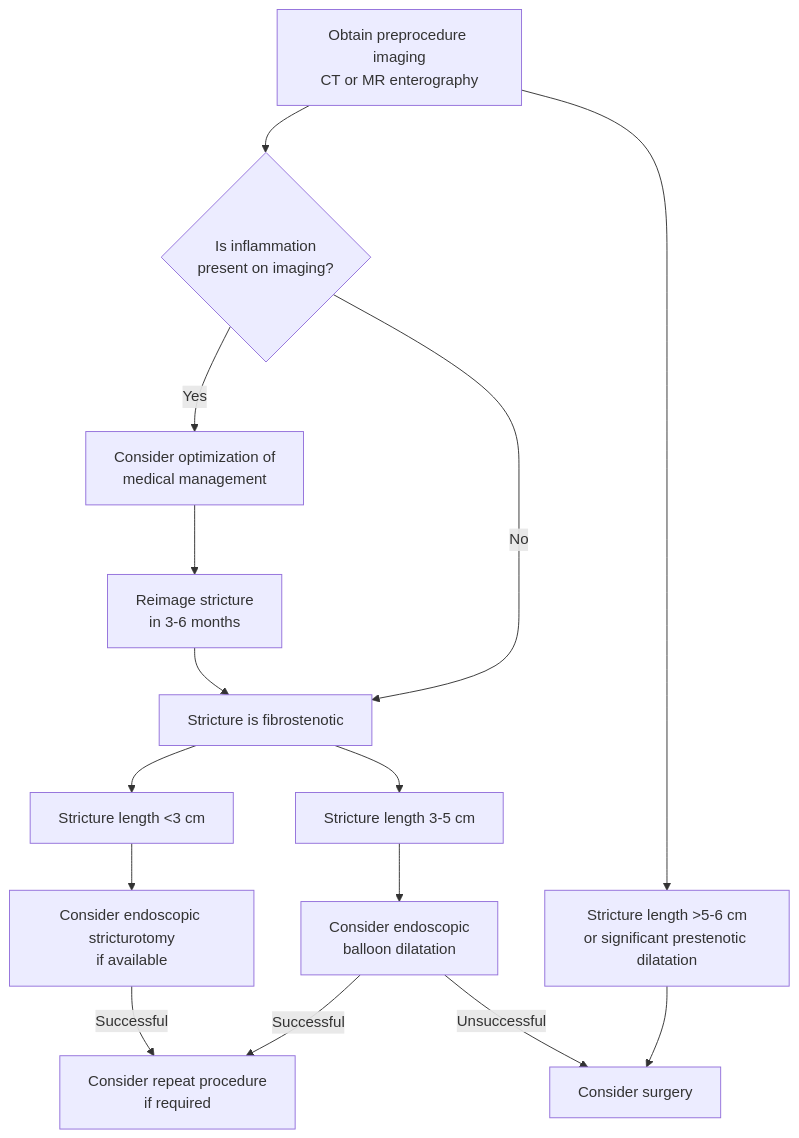
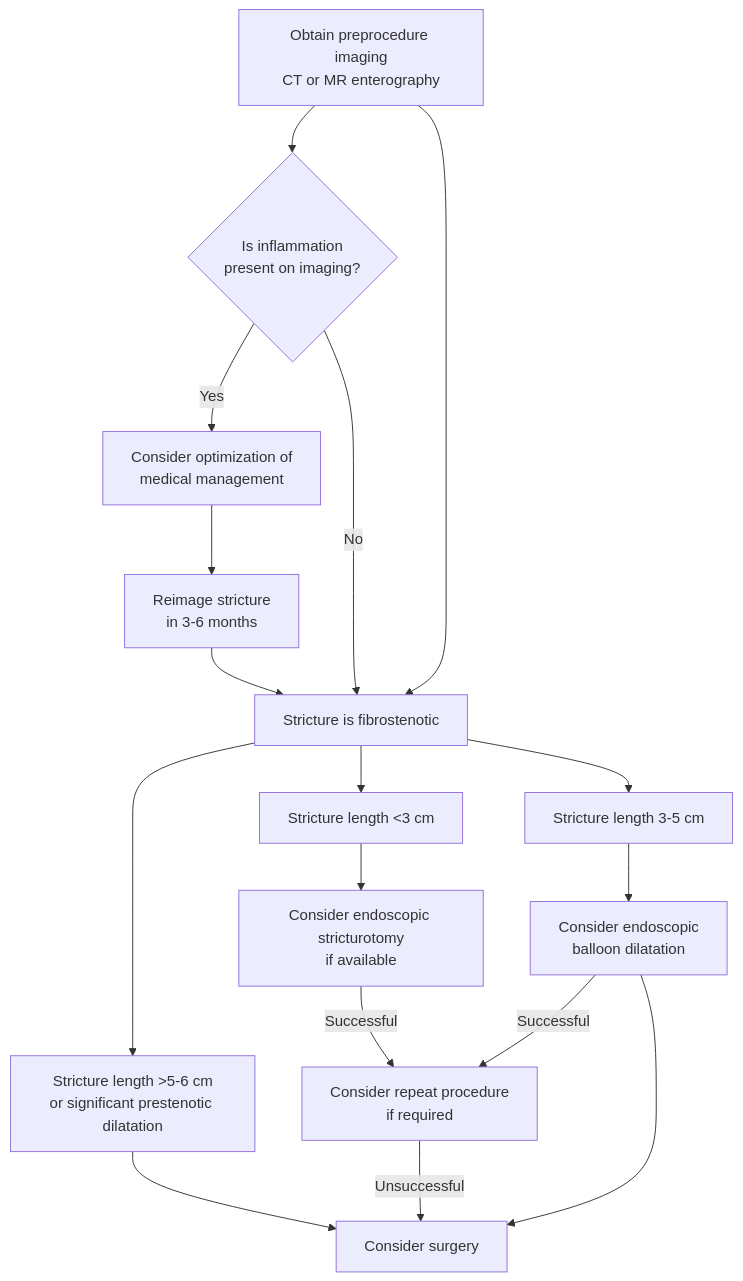
Before and after one commit to KHNickLeMD/KHNL-GI-Wiki: the diagram in KHNL-GI-Wiki/wiki/sources/aga-2026-therapeutic-endoscopy-ibd.md, drawn with Mermaid. The commit also changed other lines of this file and 21 other files, not shown here.

````diff
--- a/KHNL-GI-Wiki/wiki/sources/aga-2026-therapeutic-endoscopy-ibd.md
+++ b/KHNL-GI-Wiki/wiki/sources/aga-2026-therapeutic-endoscopy-ibd.md
@@ -106,17 +107,19 @@
 ```mermaid
 flowchart TD
     A["Obtain preprocedure imaging<br/>CT or MR enterography"] --> B{"Is inflammation<br/>present on imaging?"}
     B -- Yes --> C["Consider optimization of<br/>medical management"]
     C --> D["Reimage stricture<br/>in 3-6 months"]
     D --> E["Stricture is fibrostenotic"]
     B -- No --> E
-    A --> F["Stricture length >5-6 cm<br/>or significant prestenotic dilatation"]
+    A --> E
+    E --> F["Stricture length >5-6 cm<br/>or significant prestenotic dilatation"]
     E --> G["Stricture length <3 cm"]
     E --> H["Stricture length 3-5 cm"]
     G --> I["Consider endoscopic stricturotomy<br/>if available"]
     H --> J["Consider endoscopic<br/>balloon dilatation"]
     I -- Successful --> K["Consider repeat procedure<br/>if required"]
     J -- Successful --> K
-    J -- Unsuccessful --> L["Consider surgery"]
+    J --> L["Consider surgery"]
+    K -- Unsuccessful --> L
     F --> L
 ```
````
